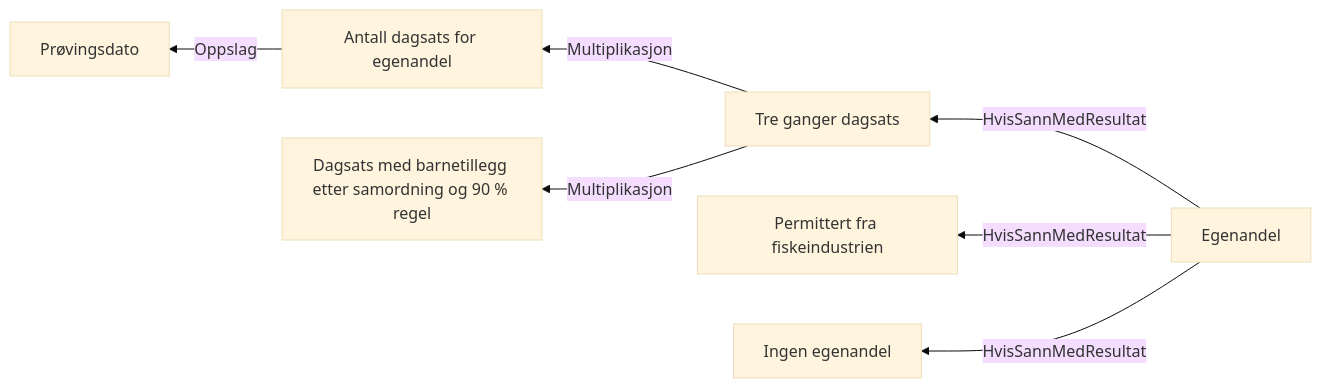
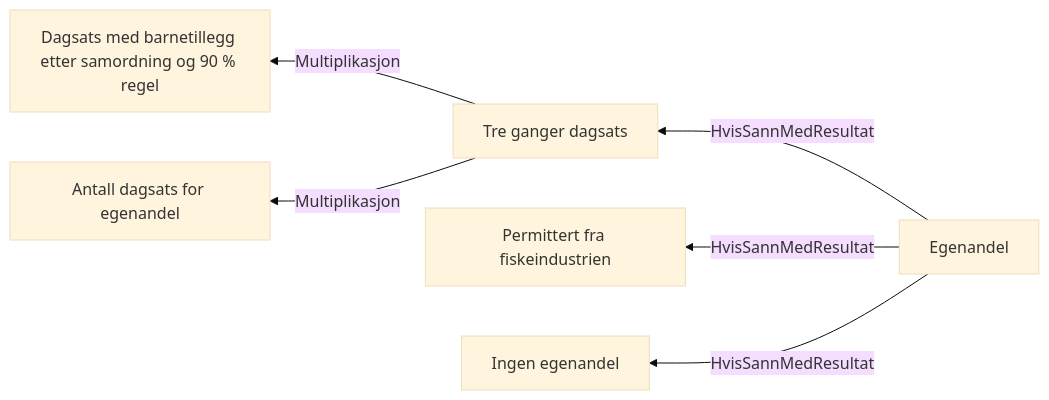
The diagram in docs/regler/§ 4-9. Egenandel.approved.md (navikt/dp-behandling), drawn with Mermaid (base theme) before and after one commit. The commit also changed 39 other files, not shown here.

````diff
--- a/docs/regler/§ 4-9. Egenandel.approved.md
+++ b/docs/regler/§ 4-9. Egenandel.approved.md
@@ -5,9 +5,8 @@
 ```mermaid
 graph RL
-  A["Antall dagsats for egenandel"] -->|"Oppslag"| B["Prøvingsdato"]
-  C["Tre ganger dagsats"] -->|"Multiplikasjon"| D["Dagsats med barnetillegg etter samordning og 90 % regel"]
-  C["Tre ganger dagsats"] -->|"Multiplikasjon"| A["Antall dagsats for egenandel"]
-  E["Egenandel"] -->|"HvisSannMedResultat"| F["Permittert fra fiskeindustrien"]
-  E["Egenandel"] -->|"HvisSannMedResultat"| G["Ingen egenandel"]
-  E["Egenandel"] -->|"HvisSannMedResultat"| C["Tre ganger dagsats"]
+  A["Tre ganger dagsats"] -->|"Multiplikasjon"| B["Dagsats med barnetillegg etter samordning og 90 % regel"]
+  A["Tre ganger dagsats"] -->|"Multiplikasjon"| C["Antall dagsats for egenandel"]
+  D["Egenandel"] -->|"HvisSannMedResultat"| E["Permittert fra fiskeindustrien"]
+  D["Egenandel"] -->|"HvisSannMedResultat"| F["Ingen egenandel"]
+  D["Egenandel"] -->|"HvisSannMedResultat"| A["Tre ganger dagsats"]
 ```
````
